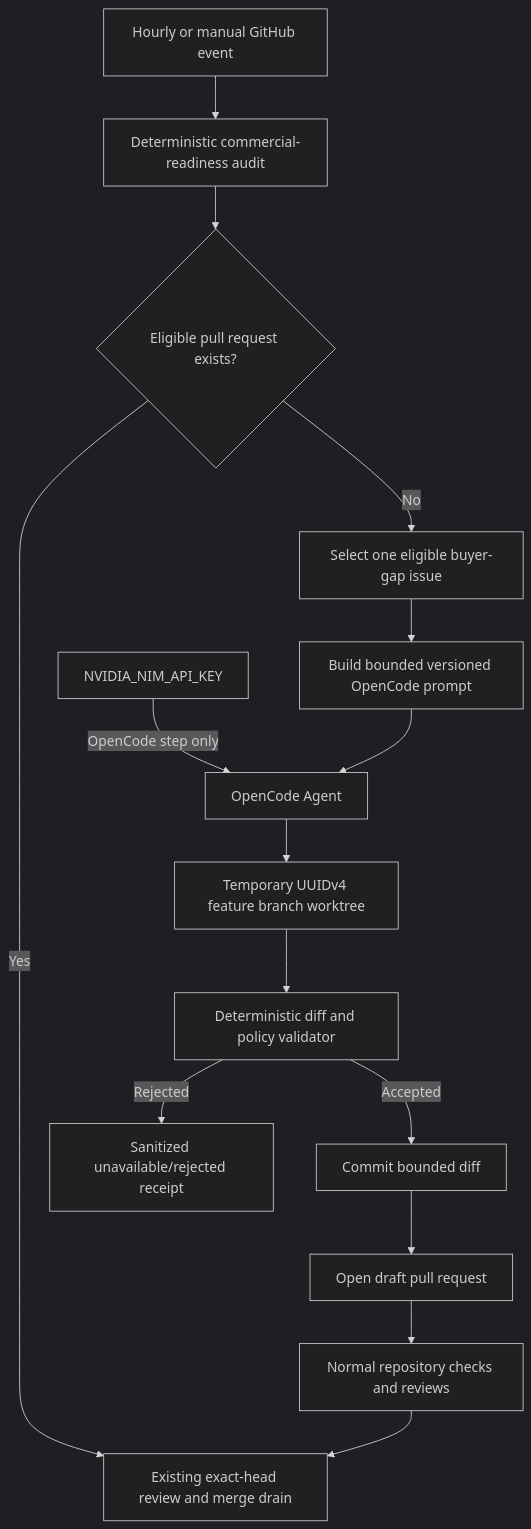
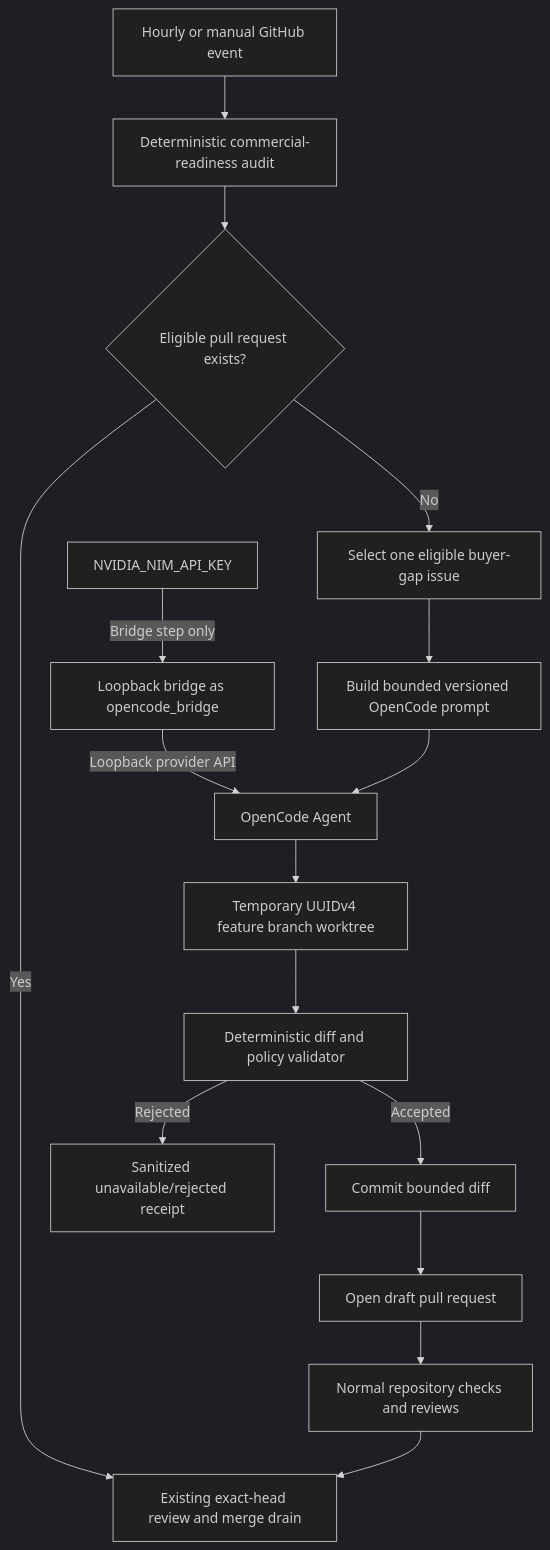
One commit to ContextualWisdomLab/life-os changed the diagram in docs/superpowers/specs/2026-08-07-opencode-commercial-development-loop-design.md. Above: the diagram before and after it, drawn with Mermaid (dark theme). The commit also changed other lines of this file, not shown here.

Commit message:
docs(agent): document loopback trust boundary

````diff
--- a/docs/superpowers/specs/2026-08-07-opencode-commercial-development-loop-design.md
+++ b/docs/superpowers/specs/2026-08-07-opencode-commercial-development-loop-design.md
@@ -32,17 +32,18 @@
 ```mermaid
 flowchart TB
     S[Hourly or manual GitHub event] --> A[Deterministic commercial-readiness audit]
     A --> D{Eligible pull request exists?}
     D -->|Yes| M[Existing exact-head review and merge drain]
     D -->|No| I[Select one eligible buyer-gap issue]
     I --> P[Build bounded versioned OpenCode prompt]
     P --> O[OpenCode Agent]
-    N[NVIDIA_NIM_API_KEY] -->|OpenCode step only| O
+    N[NVIDIA_NIM_API_KEY] -->|Bridge step only| B[Loopback bridge as opencode_bridge]
+    B -->|Loopback provider API| O
     O --> W[Temporary UUIDv4 feature branch worktree]
     W --> V[Deterministic diff and policy validator]
     V -->|Rejected| R[Sanitized unavailable/rejected receipt]
     V -->|Accepted| C[Commit bounded diff]
     C --> Q[Open draft pull request]
     Q --> G[Normal repository checks and reviews]
     G --> M
 ```
````
